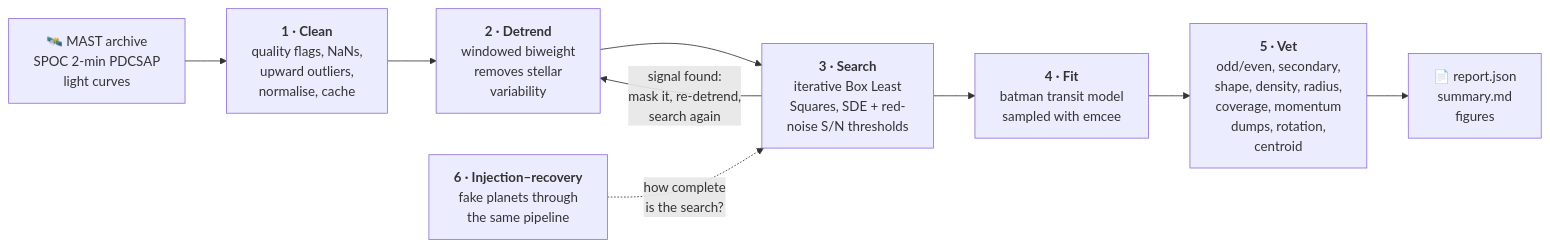
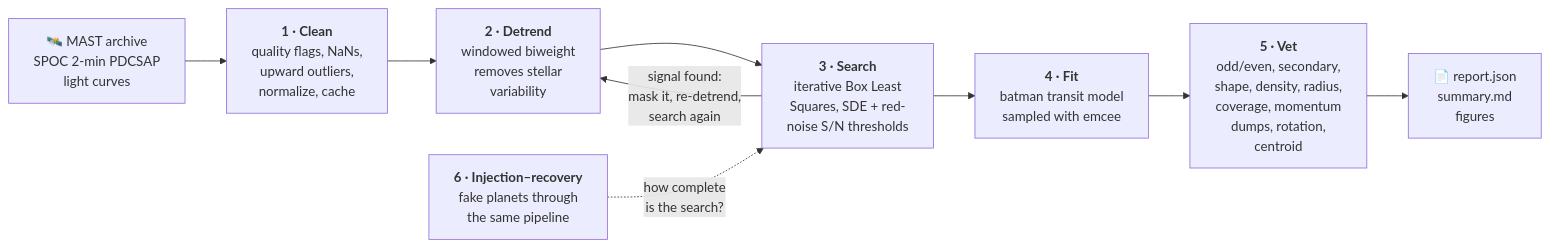
The first of 3 diagrams in README.md (Comdex4/tess-transit-hunter), drawn with Mermaid before and after one commit. The commit also changed other lines of this file and 115 other files, not shown here.

````diff
--- a/README.md
+++ b/README.md
@@ -123,11 +123,11 @@
 ```mermaid
 flowchart LR
-    A["🛰️ MAST archive<br/>SPOC 2-min PDCSAP<br/>light curves"] --> B["<b>1 · Clean</b><br/>quality flags, NaNs,<br/>upward outliers,<br/>normalise, cache"]
+    A["🛰️ MAST archive<br/>SPOC 2-min PDCSAP<br/>light curves"] --> B["<b>1 · Clean</b><br/>quality flags, NaNs,<br/>upward outliers,<br/>normalize, cache"]
     B --> C["<b>2 · Detrend</b><br/>windowed biweight<br/>removes stellar<br/>variability"]
     C --> D["<b>3 · Search</b><br/>iterative Box Least<br/>Squares, SDE + red-<br/>noise S/N thresholds"]
     D -->|"signal found:<br/>mask it, re-detrend,<br/>search again"| C
     D --> E["<b>4 · Fit</b><br/>batman transit model<br/>sampled with emcee"]
     E --> F["<b>5 · Vet</b><br/>odd/even, secondary,<br/>shape, density, radius,<br/>coverage, momentum<br/>dumps, rotation,<br/>centroid"]
     F --> G["📄 report.json<br/>summary.md<br/>figures"]
     H["<b>6 · Injection–recovery</b><br/>fake planets through<br/>the same pipeline"] -.->|"how complete<br/>is the search?"| D
 ```
````
